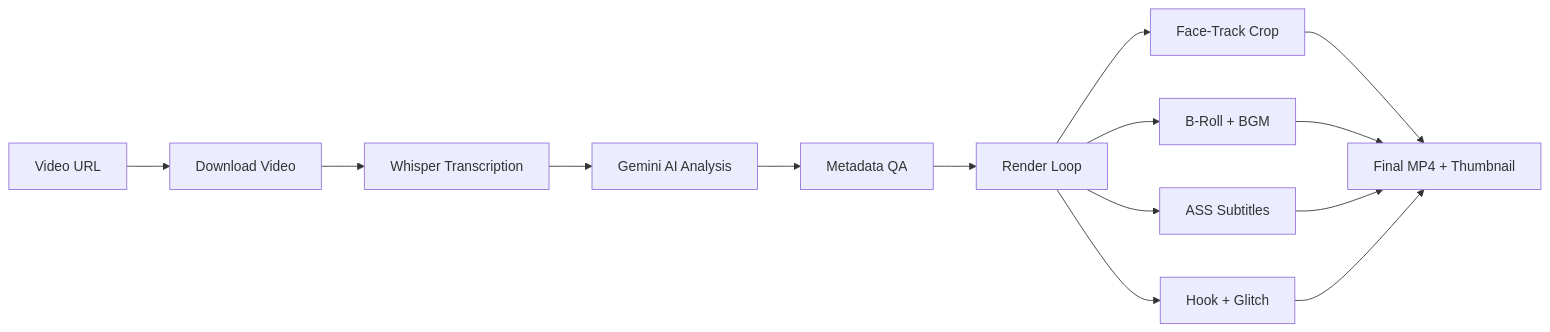
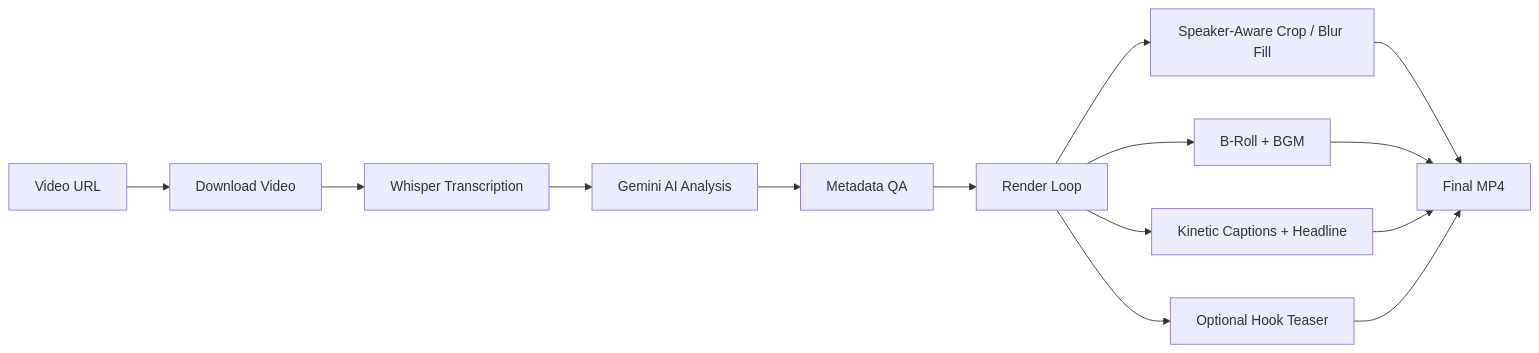
Before and after one commit to pdrajan0x/AutoCutClips: the diagram in README.md, drawn with Mermaid. The commit also changed other lines of this file and 80 other files, not shown here.

````diff
--- a/README.md
+++ b/README.md
@@ -614,13 +579,13 @@
 ```mermaid
 graph LR
     A[Video URL] --> B[Download Video]
     B --> C[Whisper Transcription]
     C --> D[Gemini AI Analysis]
     D --> E[Metadata QA]
     E --> F[Render Loop]
-    F --> G[Face-Track Crop]
+    F --> G[Speaker-Aware Crop / Blur Fill]
     F --> H[B-Roll + BGM]
-    F --> I[ASS Subtitles]
-    F --> J[Hook + Glitch]
-    G & H & I & J --> K[Final MP4 + Thumbnail]
+    F --> I[Kinetic Captions + Headline]
+    F --> J[Optional Hook Teaser]
+    G & H & I & J --> K[Final MP4]
 ```
````
